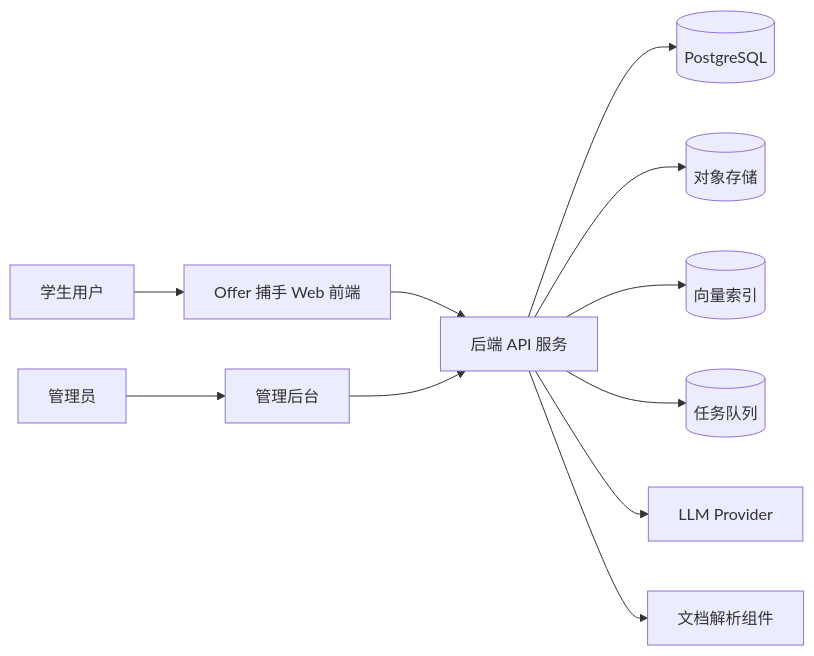
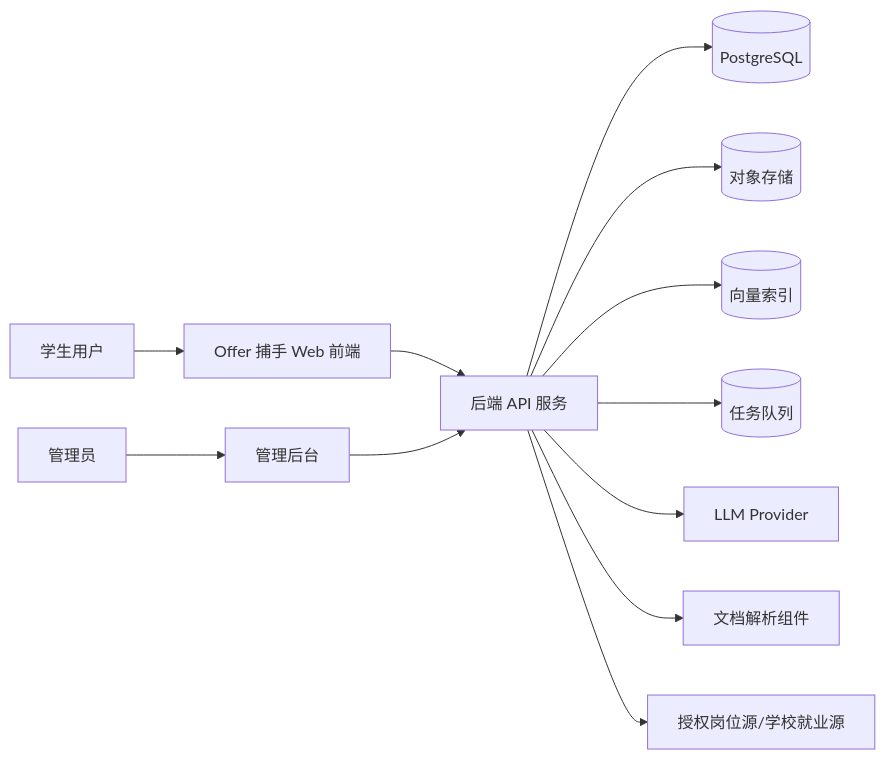
Before and after one commit to Artessay/OfferPilot: the first of 6 diagrams in docs/02-system-architecture-design.md, drawn with Mermaid. The commit also changed other lines of this file and 2 other files, not shown here.

First line of the commit message:
Enhance system architecture and detailed design documentation

````diff
--- a/docs/02-system-architecture-design.md
+++ b/docs/02-system-architecture-design.md
@@ -35,13 +35,14 @@
 ```mermaid
 flowchart LR
     Student[学生用户] --> Web[Offer 捕手 Web 前端]
     Admin[管理员] --> AdminWeb[管理后台]
     Web --> API[后端 API 服务]
     AdminWeb --> API
     API --> DB[(PostgreSQL)]
     API --> Storage[(对象存储)]
     API --> Vector[(向量索引)]
     API --> Queue[(任务队列)]
     API --> LLM[LLM Provider]
     API --> Parser[文档解析组件]
+    API --> JobSource[授权岗位源/学校就业源]
 ```
````
